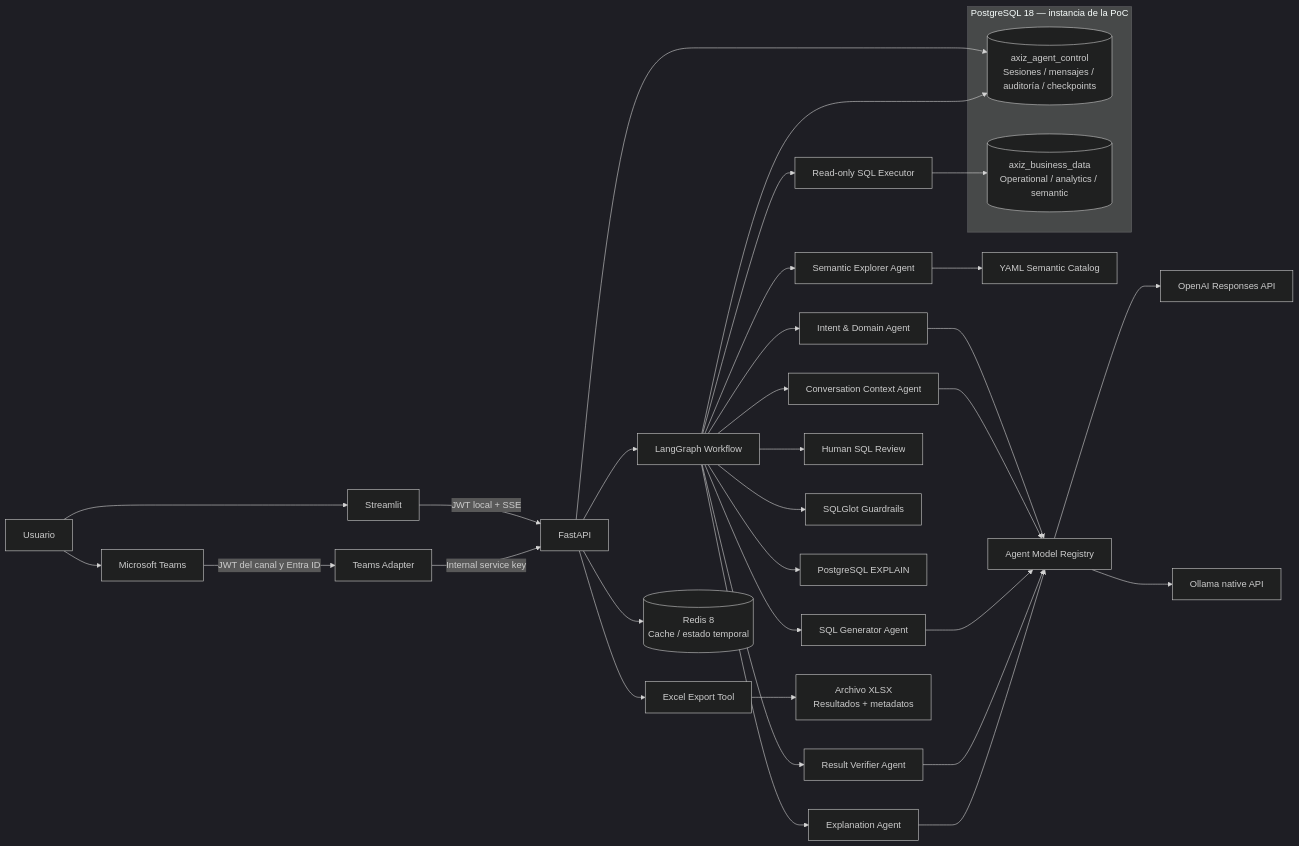
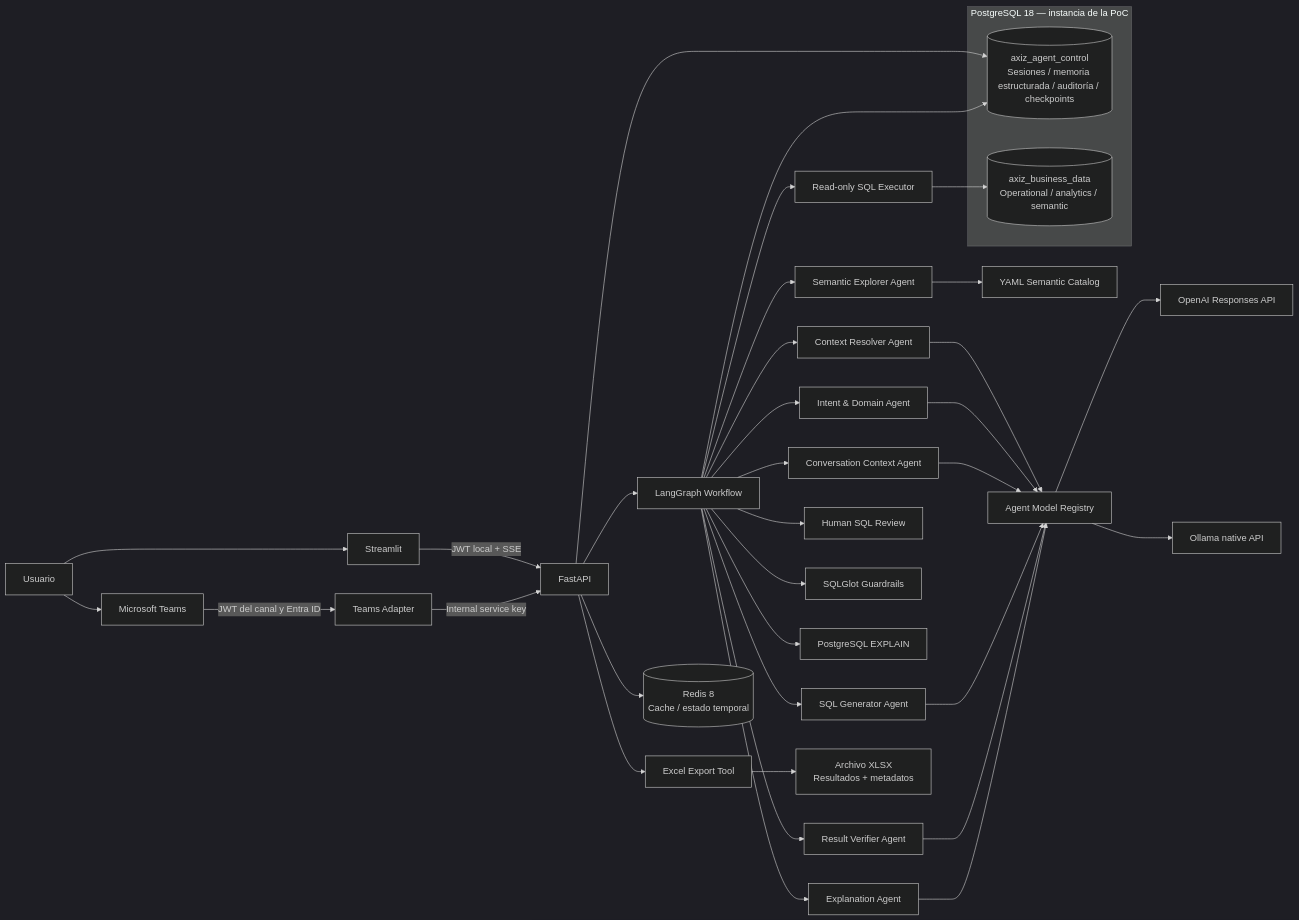
Before and after one commit to edgarrth/multiagente-sql-reporter: the first of 4 diagrams in README.md, drawn with Mermaid (dark theme). The commit also changed other lines of this file and 23 other files, not shown here.

Commit message:
agregando memoria conversacional estructurada

````diff
--- a/README.md
+++ b/README.md
@@ -70,46 +75,48 @@
 ```mermaid
 flowchart LR
     U[Usuario] --> ST[Streamlit]
     U --> TM[Microsoft Teams]
     ST -->|JWT local + SSE| API[FastAPI]
     TM -->|JWT del canal y Entra ID| TA[Teams Adapter]
     TA -->|Internal service key| API
 
     API --> LG[LangGraph Workflow]
+    LG --> CR[Context Resolver Agent]
     LG --> IA[Intent & Domain Agent]
     LG --> CA[Conversation Context Agent]
     LG --> SA[Semantic Explorer Agent]
     LG --> SQ[SQL Generator Agent]
     LG --> VA[Result Verifier Agent]
     LG --> EA[Explanation Agent]
 
-    IA --> MR[Agent Model Registry]
+    CR --> MR[Agent Model Registry]
+    IA --> MR
     CA --> MR
     SQ --> MR
     VA --> MR
     EA --> MR
     MR --> OA[OpenAI Responses API]
     MR --> OL[Ollama native API]
 
     SA --> CAT[YAML Semantic Catalog]
     LG --> HITL[Human SQL Review]
     LG --> SG[SQLGlot Guardrails]
     LG --> CE[PostgreSQL EXPLAIN]
     LG --> EX[Read-only SQL Executor]
 
     subgraph PG[PostgreSQL 18 — instancia de la PoC]
         CTRL[(axiz_agent_control
-Sesiones / mensajes / auditoría / checkpoints)]
+Sesiones / memoria estructurada / auditoría / checkpoints)]
         DATA[(axiz_business_data
 Operational / analytics / semantic)]
     end
 
     API --> CTRL
     LG --> CTRL
     EX --> DATA
     API --> XT[Excel Export Tool]
     XT --> XLSX[Archivo XLSX
 Resultados + metadatos]
     API --> RD[(Redis 8
 Cache / estado temporal)]
 ```
````
